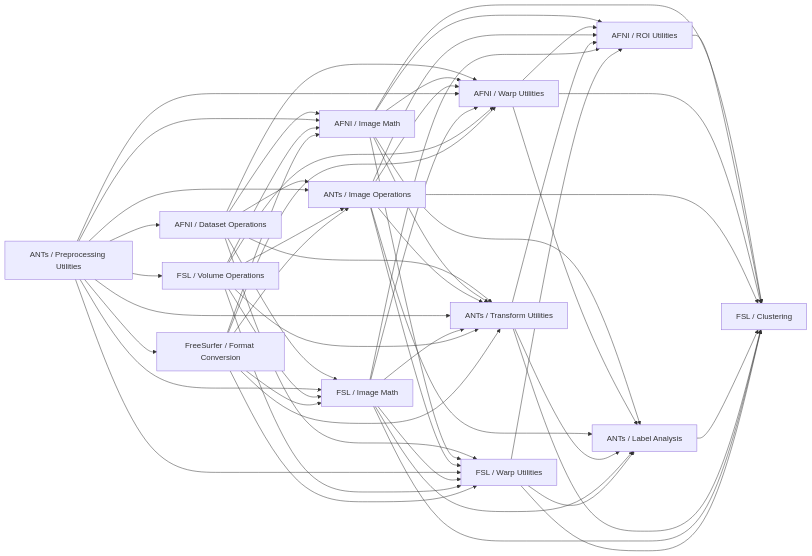
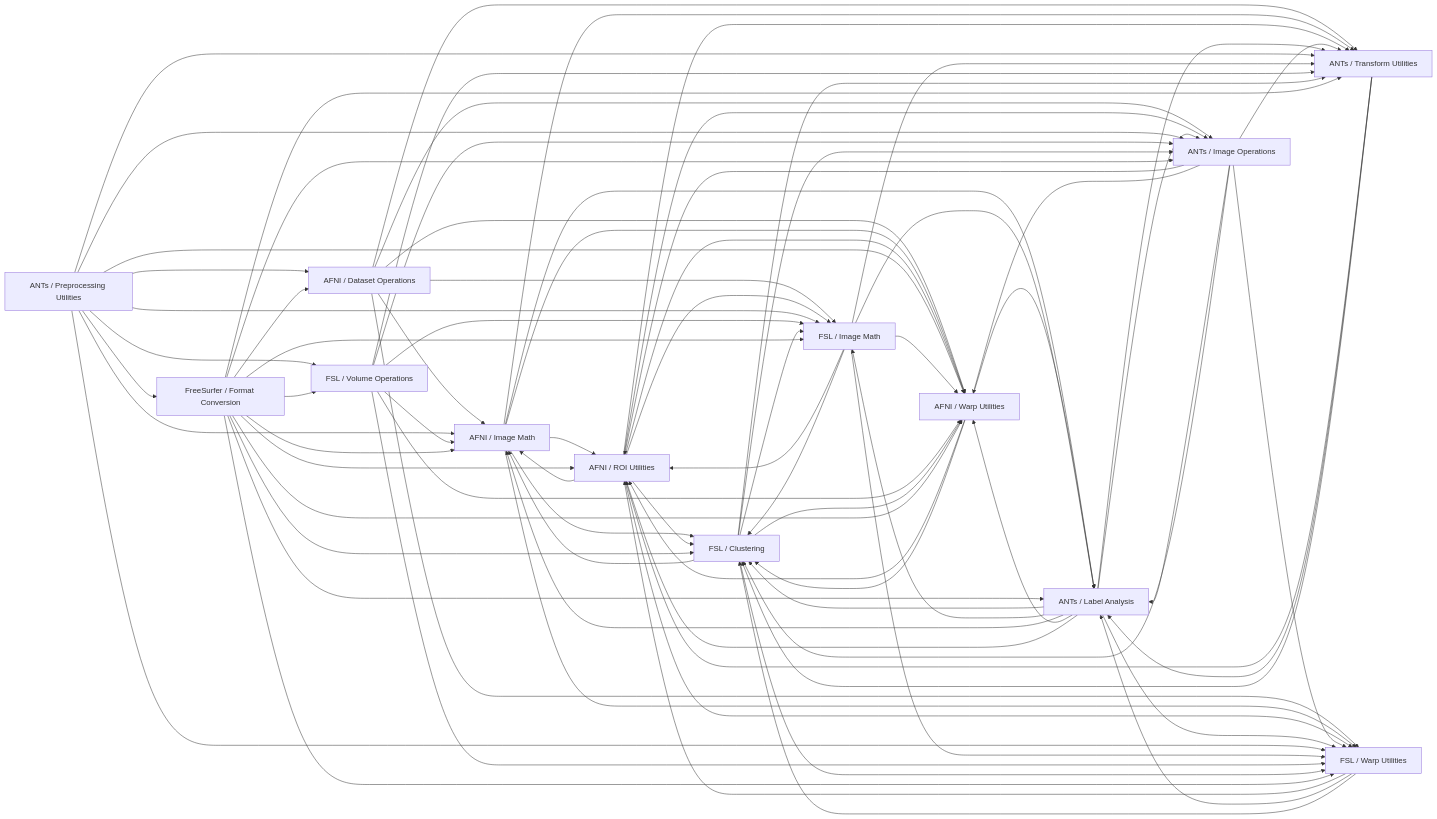
Before and after one commit to KunaalAgarwal/fMRIbuild: the diagram in utils/utils_tests/connects/utils_subsection_graph.mmd, drawn with Mermaid. The commit also changed 51 other files, not shown here.

```diff
--- a/utils/utils_tests/connects/utils_subsection_graph.mmd
+++ b/utils/utils_tests/connects/utils_subsection_graph.mmd
@@ -1,73 +1,123 @@
 flowchart LR
   %% Utilities subsection nodes discovered from src/data/toolData.js
   AFNI_DATASET_OPERATIONS["AFNI / Dataset Operations"]
   AFNI_IMAGE_MATH["AFNI / Image Math"]
   AFNI_ROI_UTILITIES["AFNI / ROI Utilities"]
   AFNI_WARP_UTILITIES["AFNI / Warp Utilities"]
   ANTS_IMAGE_OPERATIONS["ANTs / Image Operations"]
   ANTS_LABEL_ANALYSIS["ANTs / Label Analysis"]
   ANTS_PREPROCESSING_UTILITIES["ANTs / Preprocessing Utilities"]
   ANTS_TRANSFORM_UTILITIES["ANTs / Transform Utilities"]
   FSL_CLUSTERING["FSL / Clustering"]
   FSL_IMAGE_MATH["FSL / Image Math"]
   FSL_VOLUME_OPERATIONS["FSL / Volume Operations"]
   FSL_WARP_UTILITIES["FSL / Warp Utilities"]
   FREESURFER_FORMAT_CONVERSION["FreeSurfer / Format Conversion"]
 
   %% Directed subsection edges inferred from utility workflow roles
+
+  %% From AFNI / Dataset Operations
   AFNI_DATASET_OPERATIONS --> AFNI_IMAGE_MATH
   AFNI_DATASET_OPERATIONS --> AFNI_WARP_UTILITIES
   AFNI_DATASET_OPERATIONS --> ANTS_IMAGE_OPERATIONS
   AFNI_DATASET_OPERATIONS --> ANTS_TRANSFORM_UTILITIES
   AFNI_DATASET_OPERATIONS --> FSL_IMAGE_MATH
   AFNI_DATASET_OPERATIONS --> FSL_WARP_UTILITIES
+
+  %% From AFNI / Image Math
   AFNI_IMAGE_MATH --> AFNI_ROI_UTILITIES
   AFNI_IMAGE_MATH --> AFNI_WARP_UTILITIES
   AFNI_IMAGE_MATH --> ANTS_LABEL_ANALYSIS
   AFNI_IMAGE_MATH --> ANTS_TRANSFORM_UTILITIES
   AFNI_IMAGE_MATH --> FSL_CLUSTERING
   AFNI_IMAGE_MATH --> FSL_WARP_UTILITIES
+
+  %% From AFNI / ROI Utilities (3dUndump, 3dresample, 3dfractionize produce images)
   AFNI_ROI_UTILITIES --> FSL_CLUSTERING
+  AFNI_ROI_UTILITIES --> AFNI_IMAGE_MATH
+  AFNI_ROI_UTILITIES --> AFNI_WARP_UTILITIES
+  AFNI_ROI_UTILITIES --> ANTS_IMAGE_OPERATIONS
+  AFNI_ROI_UTILITIES --> ANTS_TRANSFORM_UTILITIES
+  AFNI_ROI_UTILITIES --> FSL_IMAGE_MATH
+  AFNI_ROI_UTILITIES --> FSL_WARP_UTILITIES
+
+  %% From AFNI / Warp Utilities
   AFNI_WARP_UTILITIES --> AFNI_ROI_UTILITIES
   AFNI_WARP_UTILITIES --> ANTS_LABEL_ANALYSIS
   AFNI_WARP_UTILITIES --> FSL_CLUSTERING
+
+  %% From ANTs / Image Operations
   ANTS_IMAGE_OPERATIONS --> AFNI_ROI_UTILITIES
   ANTS_IMAGE_OPERATIONS --> AFNI_WARP_UTILITIES
   ANTS_IMAGE_OPERATIONS --> ANTS_LABEL_ANALYSIS
   ANTS_IMAGE_OPERATIONS --> ANTS_TRANSFORM_UTILITIES
   ANTS_IMAGE_OPERATIONS --> FSL_CLUSTERING
   ANTS_IMAGE_OPERATIONS --> FSL_WARP_UTILITIES
+
+  %% From ANTs / Label Analysis (antsJointLabelFusion produces labeled NIfTI)
   ANTS_LABEL_ANALYSIS --> FSL_CLUSTERING
+  ANTS_LABEL_ANALYSIS --> ANTS_IMAGE_OPERATIONS
+  ANTS_LABEL_ANALYSIS --> ANTS_TRANSFORM_UTILITIES
+  ANTS_LABEL_ANALYSIS --> FSL_IMAGE_MATH
+  ANTS_LABEL_ANALYSIS --> FSL_WARP_UTILITIES
+  ANTS_LABEL_ANALYSIS --> AFNI_IMAGE_MATH
+  ANTS_LABEL_ANALYSIS --> AFNI_WARP_UTILITIES
+  ANTS_LABEL_ANALYSIS --> AFNI_ROI_UTILITIES
+
+  %% From ANTs / Preprocessing Utilities
   ANTS_PREPROCESSING_UTILITIES --> AFNI_DATASET_OPERATIONS
   ANTS_PREPROCESSING_UTILITIES --> AFNI_IMAGE_MATH
   ANTS_PREPROCESSING_UTILITIES --> AFNI_WARP_UTILITIES
   ANTS_PREPROCESSING_UTILITIES --> ANTS_IMAGE_OPERATIONS
   ANTS_PREPROCESSING_UTILITIES --> ANTS_TRANSFORM_UTILITIES
   ANTS_PREPROCESSING_UTILITIES --> FSL_IMAGE_MATH
   ANTS_PREPROCESSING_UTILITIES --> FSL_VOLUME_OPERATIONS
   ANTS_PREPROCESSING_UTILITIES --> FSL_WARP_UTILITIES
   ANTS_PREPROCESSING_UTILITIES --> FREESURFER_FORMAT_CONVERSION
+
+  %% From ANTs / Transform Utilities
   ANTS_TRANSFORM_UTILITIES --> AFNI_ROI_UTILITIES
   ANTS_TRANSFORM_UTILITIES --> ANTS_LABEL_ANALYSIS
   ANTS_TRANSFORM_UTILITIES --> FSL_CLUSTERING
+
+  %% From FSL / Image Math
   FSL_IMAGE_MATH --> AFNI_ROI_UTILITIES
   FSL_IMAGE_MATH --> AFNI_WARP_UTILITIES
   FSL_IMAGE_MATH --> ANTS_LABEL_ANALYSIS
   FSL_IMAGE_MATH --> ANTS_TRANSFORM_UTILITIES
   FSL_IMAGE_MATH --> FSL_CLUSTERING
   FSL_IMAGE_MATH --> FSL_WARP_UTILITIES
+
+  %% From FSL / Volume Operations
   FSL_VOLUME_OPERATIONS --> AFNI_IMAGE_MATH
   FSL_VOLUME_OPERATIONS --> AFNI_WARP_UTILITIES
   FSL_VOLUME_OPERATIONS --> ANTS_IMAGE_OPERATIONS
   FSL_VOLUME_OPERATIONS --> ANTS_TRANSFORM_UTILITIES
   FSL_VOLUME_OPERATIONS --> FSL_IMAGE_MATH
   FSL_VOLUME_OPERATIONS --> FSL_WARP_UTILITIES
+
+  %% From FSL / Warp Utilities
   FSL_WARP_UTILITIES --> AFNI_ROI_UTILITIES
   FSL_WARP_UTILITIES --> ANTS_LABEL_ANALYSIS
   FSL_WARP_UTILITIES --> FSL_CLUSTERING
+
+  %% From FSL / Clustering (cluster --oindex, --othresh, --osize produce NIfTI images)
+  FSL_CLUSTERING --> FSL_IMAGE_MATH
+  FSL_CLUSTERING --> AFNI_IMAGE_MATH
+  FSL_CLUSTERING --> ANTS_IMAGE_OPERATIONS
+  FSL_CLUSTERING --> ANTS_TRANSFORM_UTILITIES
+  FSL_CLUSTERING --> AFNI_WARP_UTILITIES
+  FSL_CLUSTERING --> FSL_WARP_UTILITIES
+
+  %% From FreeSurfer / Format Conversion
   FREESURFER_FORMAT_CONVERSION --> AFNI_IMAGE_MATH
   FREESURFER_FORMAT_CONVERSION --> AFNI_WARP_UTILITIES
   FREESURFER_FORMAT_CONVERSION --> ANTS_IMAGE_OPERATIONS
   FREESURFER_FORMAT_CONVERSION --> ANTS_TRANSFORM_UTILITIES
   FREESURFER_FORMAT_CONVERSION --> FSL_IMAGE_MATH
   FREESURFER_FORMAT_CONVERSION --> FSL_WARP_UTILITIES
+  FREESURFER_FORMAT_CONVERSION --> AFNI_DATASET_OPERATIONS
+  FREESURFER_FORMAT_CONVERSION --> AFNI_ROI_UTILITIES
+  FREESURFER_FORMAT_CONVERSION --> FSL_VOLUME_OPERATIONS
+  FREESURFER_FORMAT_CONVERSION --> FSL_CLUSTERING
+  FREESURFER_FORMAT_CONVERSION --> ANTS_LABEL_ANALYSIS
```
